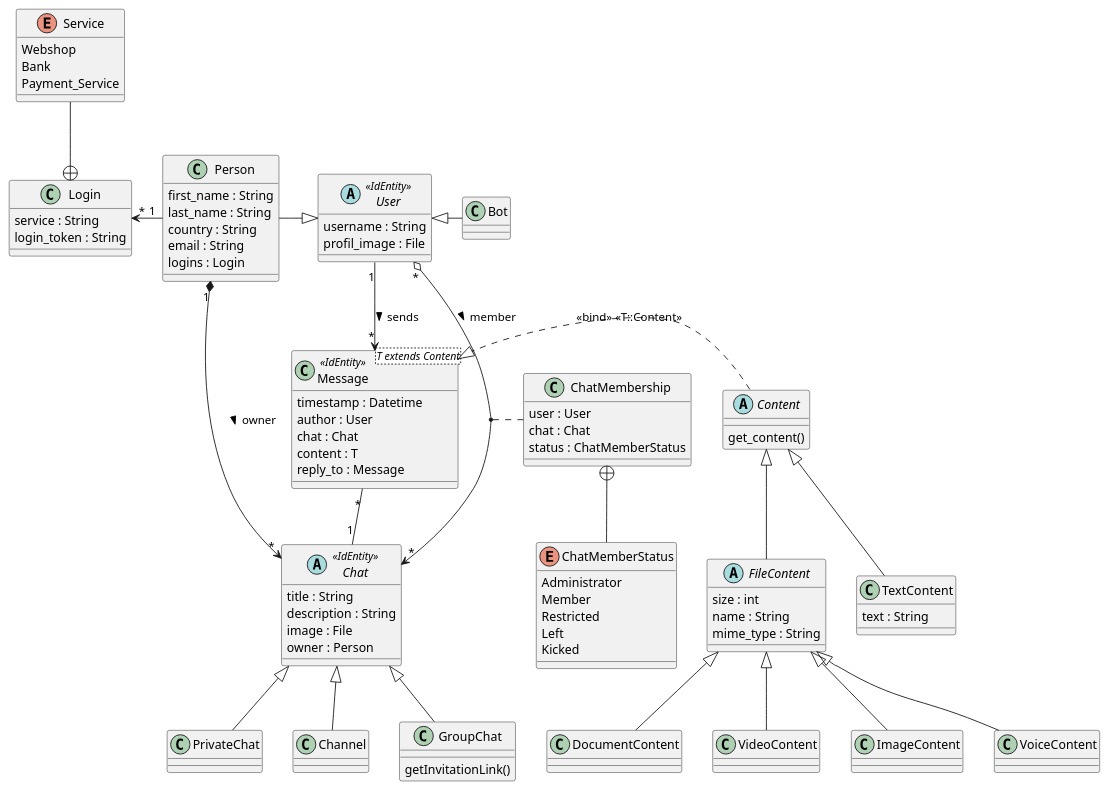
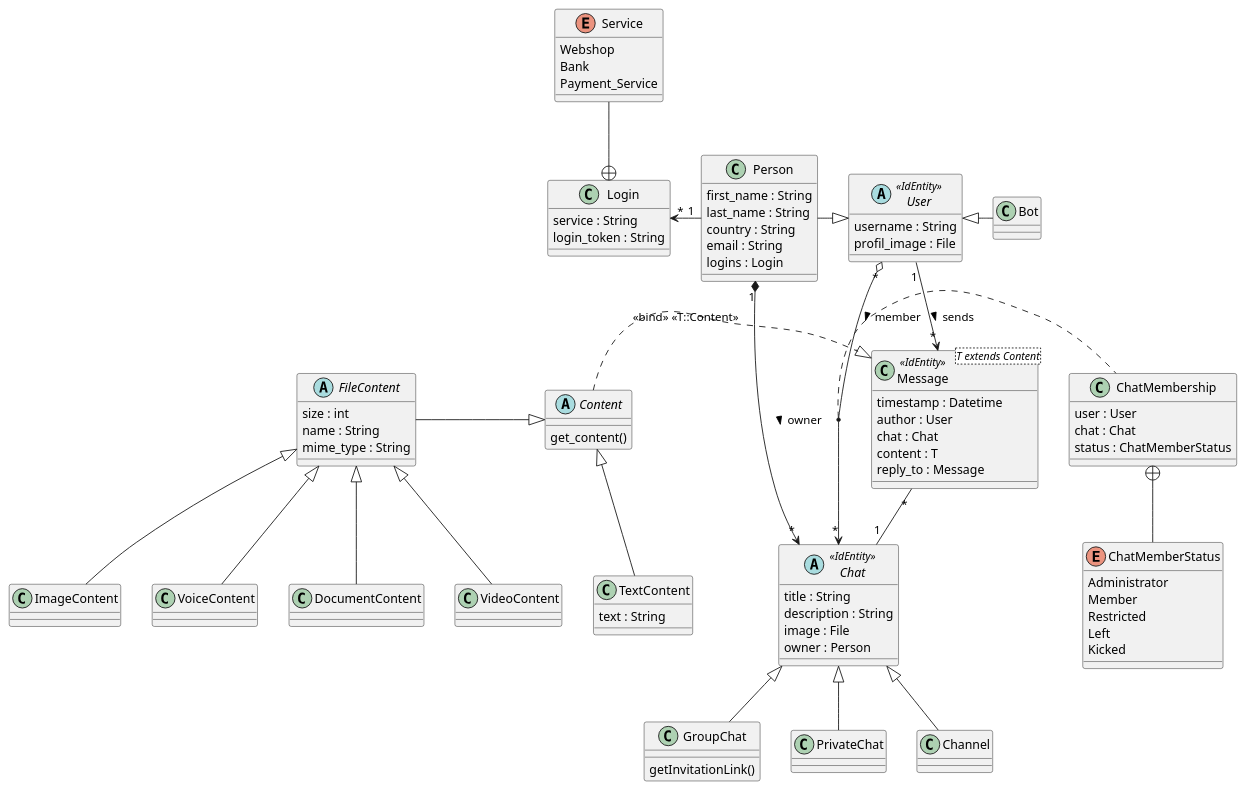
Before and after one commit to bbenno/oth-sw: the diagram in src/doc/uml-domain.pu, drawn with PlantUML.

Commit message:
Order relations in domain model

```diff
--- a/src/doc/uml-domain.pu
+++ b/src/doc/uml-domain.pu
@@ -1,108 +1,116 @@
 @startuml
 
 ' classes in alphabetical order
 abstract class Chat <<IdEntity>> {
     title : String
     description : String
     image : File
     owner : Person
 }
 
 class ChatMembership {
     user : User
     chat : Chat
     status : ChatMemberStatus
 }
 
 enum ChatMemberStatus {
     Administrator
     Member
     Restricted
     Left
     Kicked
 }
 
 abstract class Content {
     get_content()
 }
 
 abstract class FileContent {
     size : int
     name : String
     mime_type : String
 }
 
 class GroupChat {
     getInvitationLink()
 }
 
 class Login {
     service : String
     login_token : String
 }
 
 class Message <T extends Content> <<IdEntity>> {
     timestamp : Datetime
     author : User
     chat : Chat
     content : T
     reply_to : Message
 }
 
 class Person {
     first_name : String
     last_name : String
     country : String
     email : String
     logins : Login
 }
 
 class PrivateChat
 
 enum Service {
     Webshop
     Bank
     Payment_Service
 }
 
 class TextContent {
     text : String
 }
 
 abstract class User <<IdEntity>> {
     username : String
     profil_image : File
 }
 
-ChatMembership +-- ChatMemberStatus
-
-Person -|> User
-User <|- Bot
-
-Service --+ Login
-
-Login "*" <- "1" Person
-
-' Attachment inheritance
+' Inheritance
+'' Chat inheritance
 Chat <|-- PrivateChat
 Chat <|-- GroupChat
 Chat <|-- Channel
 
-' Content inheritance
+'' Content inheritance
 Content <|-- TextContent
-Content <|-- FileContent
+FileContent -|> Content
+
+'' FileContent inheritance
 FileContent <|-- VideoContent
 FileContent <|-- ImageContent
 FileContent <|-- VoiceContent
 FileContent <|-- DocumentContent
 
+'' Person inheritance
+Person -|> User
+User <|- Bot
+
+' Generic binding
+Content .|> Message : <<bind>> <<T::Content>>
+
+' Relations
+'' to Chat
+Person "1" *--> "*" Chat : owner >
 User "*" o--> "*" Chat : member >
 (User, Chat) .. ChatMembership
-Person "1" *--> "*" Chat : owner >
 
+'' to Message
 User "1" --> "*" Message : sends >
 Message "*" -- "1" Chat
 
-Message <|. Content : <<bind>> <<T::Content>>
+'' with Enumerations
+Service --+ Login
+ChatMembership +-- ChatMemberStatus
 
+'' Misc
+Login "*" <- "1" Person
 @enduml
```
